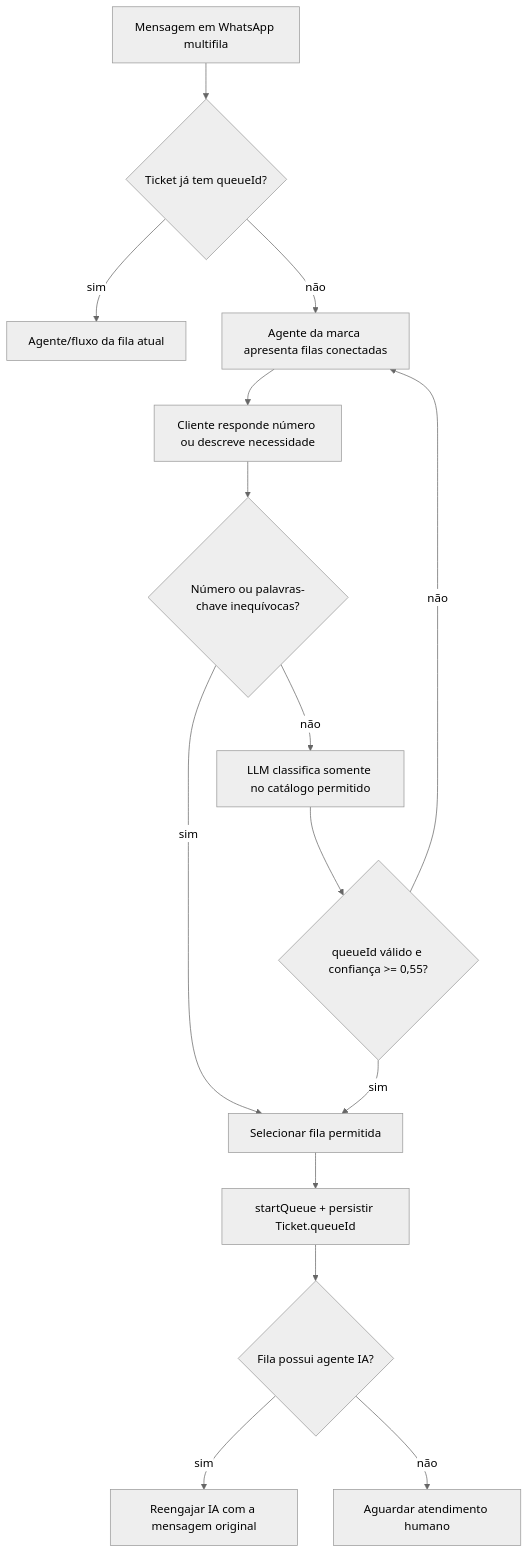
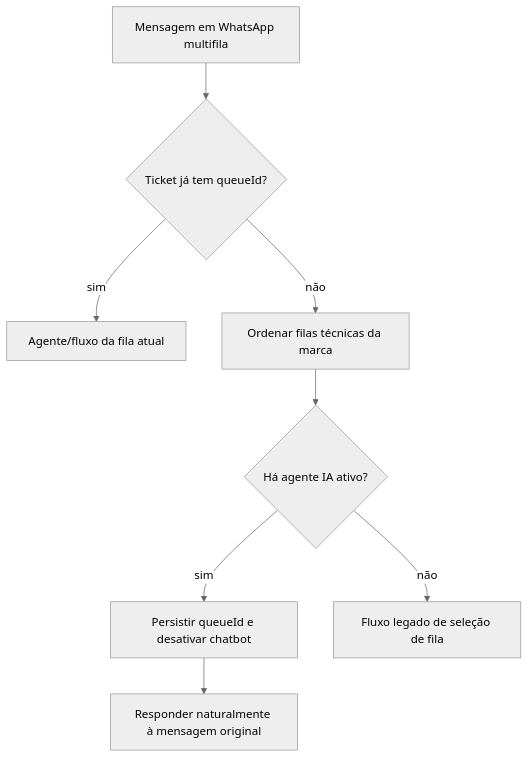
The first of 11 diagrams in docs/MANUAL_PLATAFORMA.md (DOORNESS/ticketz), drawn with Mermaid (neutral theme) before and after one commit. The commit also changed other lines of this file and 23 other files, not shown here.

````diff
--- a/docs/MANUAL_PLATAFORMA.md
+++ b/docs/MANUAL_PLATAFORMA.md
@@ -398,17 +388,10 @@
 ```mermaid
 flowchart TD
     A[Mensagem em WhatsApp multifila] --> B{Ticket já tem queueId?}
     B -- sim --> C[Agente/fluxo da fila atual]
-    B -- não --> D[Agente da marca apresenta filas conectadas]
-    D --> E[Cliente responde número ou descreve necessidade]
-    E --> F{Número ou palavras-chave inequívocas?}
-    F -- sim --> G[Selecionar fila permitida]
-    F -- não --> H[LLM classifica somente no catálogo permitido]
-    H --> I{queueId válido e confiança >= 0,55?}
-    I -- sim --> G
-    I -- não --> D
-    G --> J[startQueue + persistir Ticket.queueId]
-    J --> K{Fila possui agente IA?}
-    K -- sim --> L[Reengajar IA com a mensagem original]
-    K -- não --> M[Aguardar atendimento humano]
+    B -- não --> D[Ordenar filas técnicas da marca]
+    D --> E{Há agente IA ativo?}
+    E -- sim --> F[Persistir queueId e desativar chatbot]
+    F --> G[Responder naturalmente à mensagem original]
+    E -- não --> H[Fluxo legado de seleção de fila]
 ```
````
